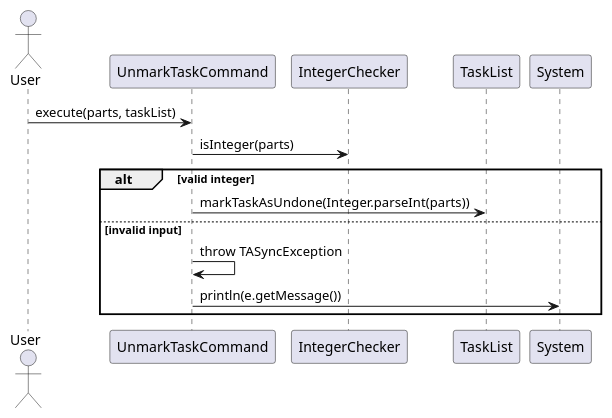
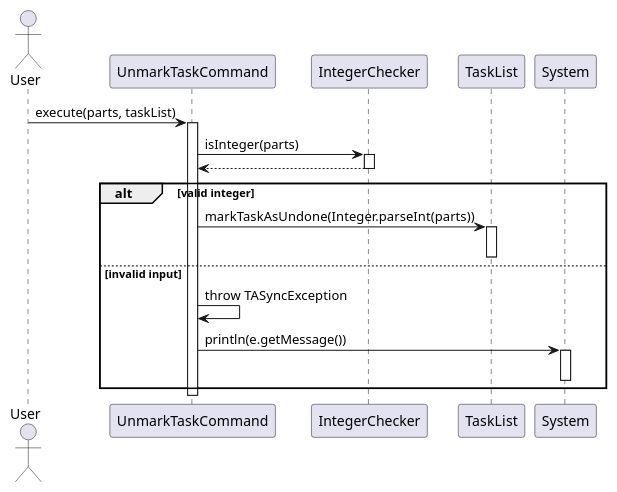
The diagram in docs/diagrams/tasklistcommands/UnmarkTaskCommandSequenceDiagram.puml (wongyihao02/tp), drawn with PlantUML before and after one commit. The commit also changed 19 other files, not shown here.

Commit message:
Add activation bar for task command sequence diagrams

```diff
--- a/docs/diagrams/tasklistcommands/UnmarkTaskCommandSequenceDiagram.puml
+++ b/docs/diagrams/tasklistcommands/UnmarkTaskCommandSequenceDiagram.puml
@@ -1,21 +1,31 @@
 @startuml
 'https://plantuml.com/sequence-diagram
 
 actor User
 
 participant "UnmarkTaskCommand" as UnmarkCmd
 participant "IntegerChecker" as Checker
 participant "TaskList" as TaskList
 participant "System" as Console
 
 User -> UnmarkCmd : execute(parts, taskList)
+activate UnmarkCmd
 
 UnmarkCmd -> Checker : isInteger(parts)
+activate Checker
+Checker --> UnmarkCmd
+deactivate Checker
+
 alt valid integer
     UnmarkCmd -> TaskList : markTaskAsUndone(Integer.parseInt(parts))
+    activate TaskList
+    deactivate TaskList
 else invalid input
     UnmarkCmd -> UnmarkCmd : throw TASyncException
     UnmarkCmd -> Console : println(e.getMessage())
+    activate Console
+    deactivate Console
 end
 
+deactivate UnmarkCmd
 @enduml
```
